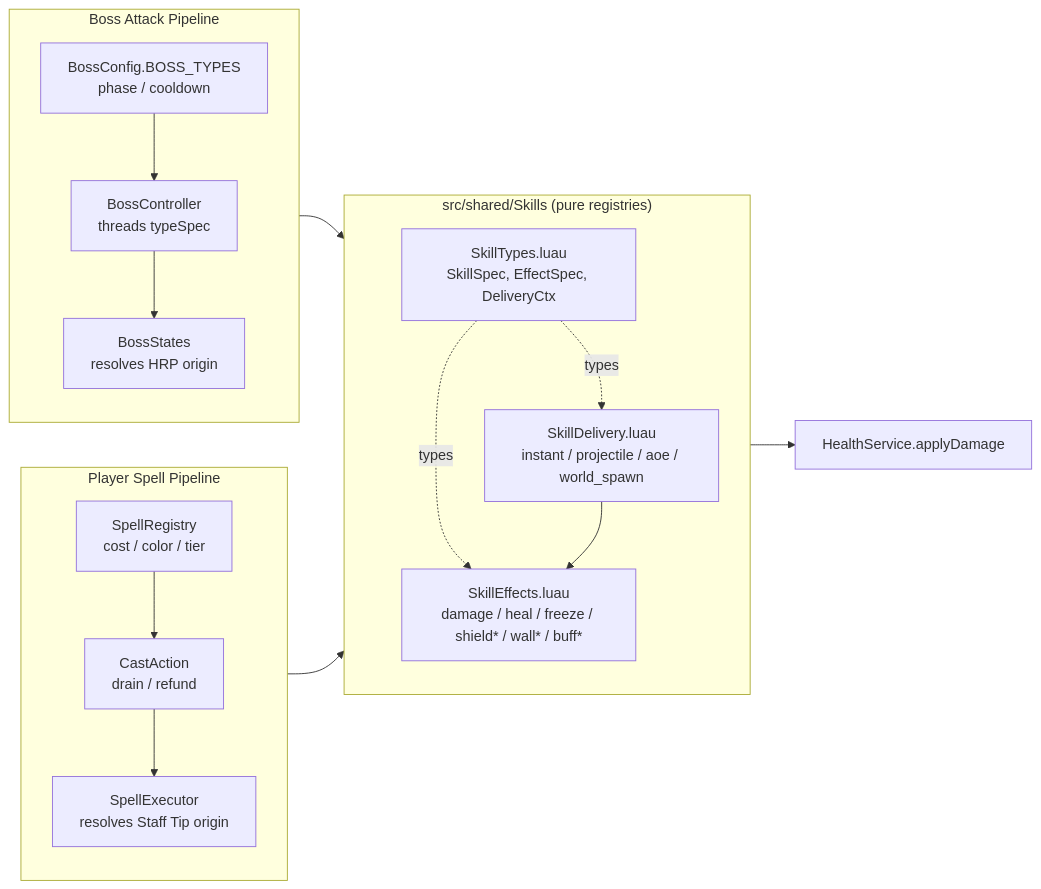
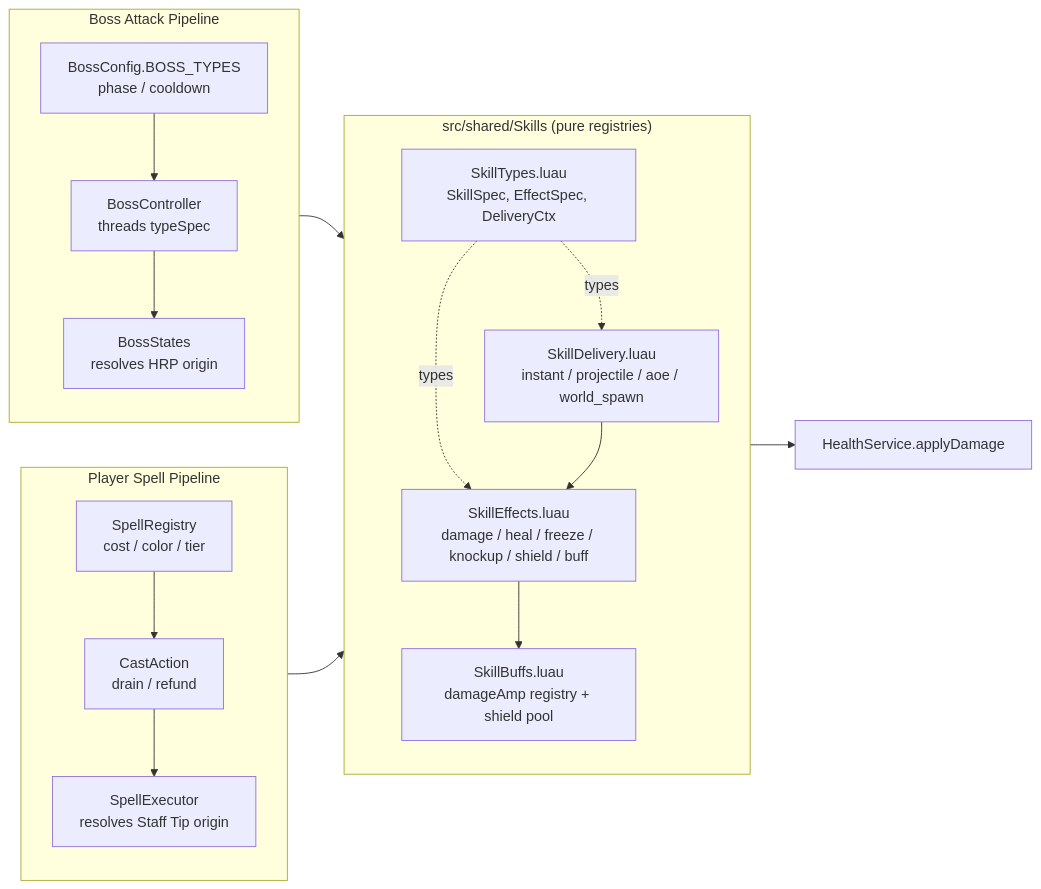
One commit to Lukizanda/brain-fighter changed the first of 5 diagrams in wiki/systems/SkillPipeline.md. Above: the diagram before and after it, drawn with Mermaid. The commit also changed other lines of this file and 19 other files, not shown here.

First line of the commit message:
feat(skills): implement shield and buff, delete wall stub (5.2)

````diff
--- a/wiki/systems/SkillPipeline.md
+++ b/wiki/systems/SkillPipeline.md
@@ -23,32 +23,34 @@
 ```mermaid
 graph LR
     subgraph Player["Player Spell Pipeline"]
         direction TB
         SR["SpellRegistry<br/>cost / color / tier"]
         CA["CastAction<br/>drain / refund"]
         SE["SpellExecutor<br/>resolves Staff Tip origin"]
         SR --> CA --> SE
     end
 
     subgraph Shared["src/shared/Skills (pure registries)"]
         direction TB
         ST["SkillTypes.luau<br/>SkillSpec, EffectSpec, DeliveryCtx"]
         DR["SkillDelivery.luau<br/>instant / projectile / aoe / world_spawn"]
-        ER["SkillEffects.luau<br/>damage / heal / freeze / shield* / wall* / buff*"]
+        ER["SkillEffects.luau<br/>damage / heal / freeze / knockup / shield / buff"]
+        BR["SkillBuffs.luau<br/>damageAmp registry + shield pool"]
+        ER --> BR
         ST -.types.-> DR
         ST -.types.-> ER
         DR --> ER
     end
 
     subgraph Boss["Boss Attack Pipeline"]
         direction TB
         BC["BossConfig.BOSS_TYPES<br/>phase / cooldown"]
         BCT["BossController<br/>threads typeSpec"]
         BST["BossStates<br/>resolves HRP origin"]
         BC --> BCT --> BST
     end
 
     SE --> DR
     BST --> DR
     ER --> HS["HealthService.applyDamage"]
 ```
````
